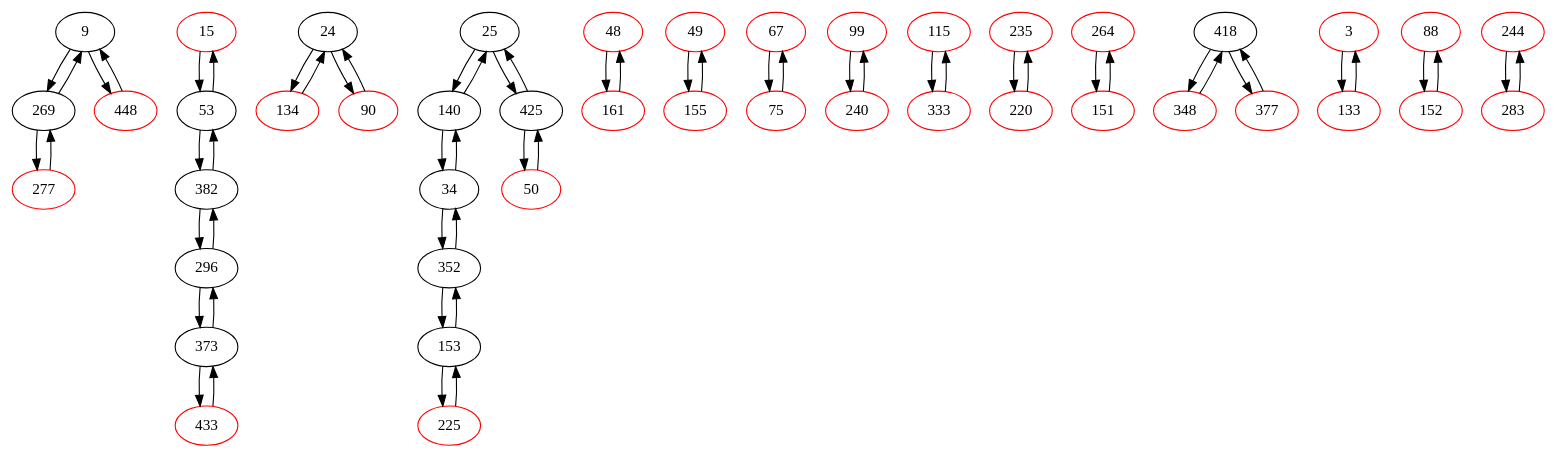
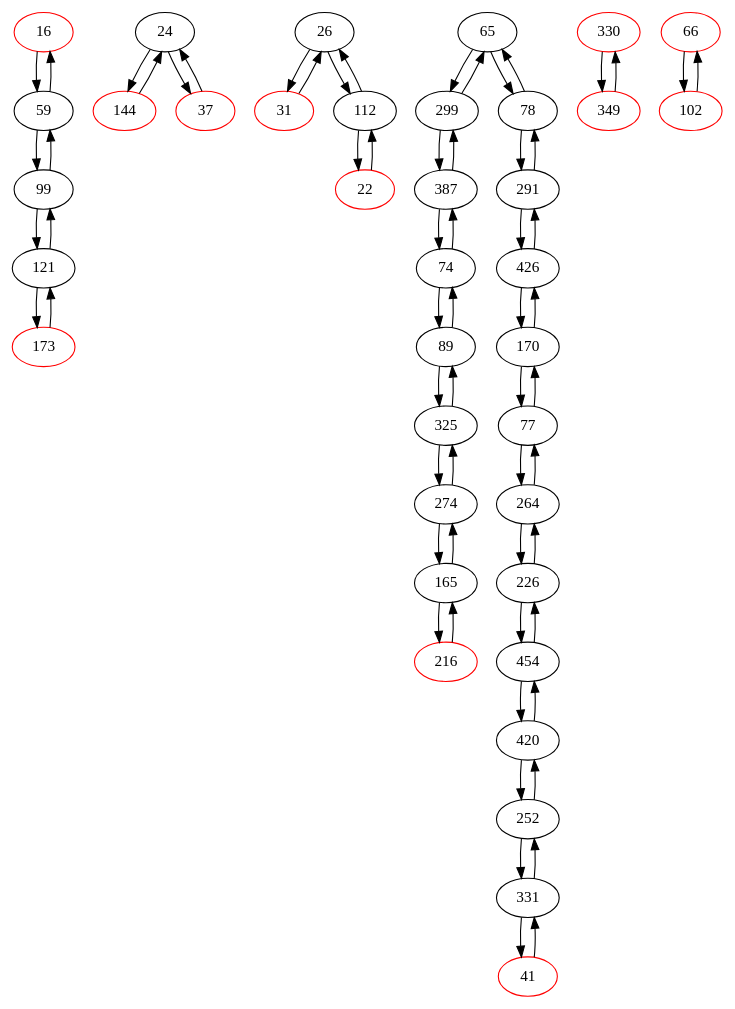
One commit to AuCson/Genome-Assembly-Implementation changed the diagram in external/dbg2olc/CleanedBestOverlapGraph.dot. Above: the diagram before and after it, drawn with Graphviz. The commit also changed 105 other files, not shown here.

```diff
--- a/external/dbg2olc/CleanedBestOverlapGraph.dot
+++ b/external/dbg2olc/CleanedBestOverlapGraph.dot
@@ -1,104 +1,101 @@
 digraph G {
-9 -> 269;
-15 -> 53;
-24 -> 134;
-25 -> 140;
-34 -> 352;
-48 -> 161;
-49 -> 155;
-50 -> 425;
-53 -> 15;
-67 -> 75;
-75 -> 67;
-99 -> 240;
-115 -> 333;
-134 -> 24;
-140 -> 34;
-153 -> 352;
-155 -> 49;
-225 -> 153;
-235 -> 220;
-240 -> 99;
-264 -> 151;
-269 -> 9;
-277 -> 269;
-296 -> 382;
-333 -> 115;
-352 -> 153;
-373 -> 296;
-382 -> 53;
-418 -> 348;
-425 -> 25;
-433 -> 373;
-3 -> 133;
-9 -> 448;
-24 -> 90;
-25 -> 425;
-34 -> 140;
-53 -> 382;
-88 -> 152;
-90 -> 24;
-133 -> 3;
-140 -> 25;
-151 -> 264;
-152 -> 88;
-153 -> 225;
-161 -> 48;
-220 -> 235;
-244 -> 283;
-269 -> 277;
-283 -> 244;
-296 -> 373;
-348 -> 418;
-352 -> 34;
-373 -> 433;
-377 -> 418;
-382 -> 296;
-418 -> 377;
-425 -> 50;
-448 -> 9;
-3[color=red];
-9
-15[color=red];
+16 -> 59;
+24 -> 144;
+26 -> 31;
+59 -> 16;
+65 -> 299;
+74 -> 89;
+77 -> 170;
+78 -> 291;
+89 -> 325;
+99 -> 59;
+112 -> 26;
+121 -> 173;
+165 -> 274;
+170 -> 426;
+216 -> 165;
+226 -> 264;
+252 -> 420;
+264 -> 226;
+274 -> 325;
+291 -> 78;
+299 -> 387;
+325 -> 274;
+330 -> 349;
+331 -> 252;
+387 -> 299;
+420 -> 454;
+426 -> 170;
+454 -> 226;
+22 -> 112;
+24 -> 37;
+26 -> 112;
+31 -> 26;
+37 -> 24;
+41 -> 331;
+59 -> 99;
+65 -> 78;
+66 -> 102;
+74 -> 387;
+77 -> 264;
+78 -> 65;
+89 -> 74;
+99 -> 121;
+102 -> 66;
+112 -> 22;
+121 -> 99;
+144 -> 24;
+165 -> 216;
+170 -> 77;
+173 -> 121;
+226 -> 454;
+252 -> 331;
+264 -> 77;
+274 -> 165;
+291 -> 426;
+299 -> 65;
+325 -> 89;
+331 -> 41;
+349 -> 330;
+387 -> 74;
+420 -> 252;
+426 -> 291;
+454 -> 420;
+16[color=red];
+22[color=red];
 24
-25
-34
-48[color=red];
-49[color=red];
-50[color=red];
-53
-67[color=red];
-75[color=red];
-88[color=red];
-90[color=red];
-99[color=red];
-115[color=red];
-133[color=red];
-134[color=red];
-140
-151[color=red];
-152[color=red];
-153
-155[color=red];
-161[color=red];
-220[color=red];
-225[color=red];
-235[color=red];
-240[color=red];
-244[color=red];
-264[color=red];
-269
-277[color=red];
-283[color=red];
-296
-333[color=red];
-348[color=red];
-352
-373
-377[color=red];
-382
-418
-425
-433[color=red];
-448[color=red];
+26
+31[color=red];
+37[color=red];
+41[color=red];
+59
+65
+66[color=red];
+74
+77
+78
+89
+99
+102[color=red];
+112
+121
+144[color=red];
+165
+170
+173[color=red];
+216[color=red];
+226
+252
+264
+274
+291
+299
+325
+330[color=red];
+331
+349[color=red];
+387
+420
+426
+454
 }
```
